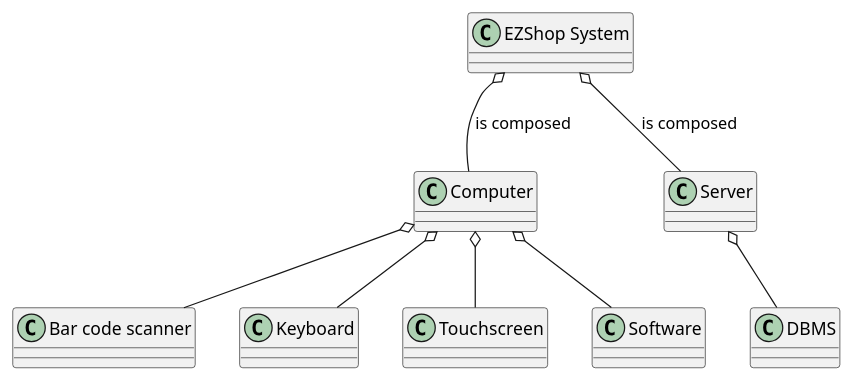
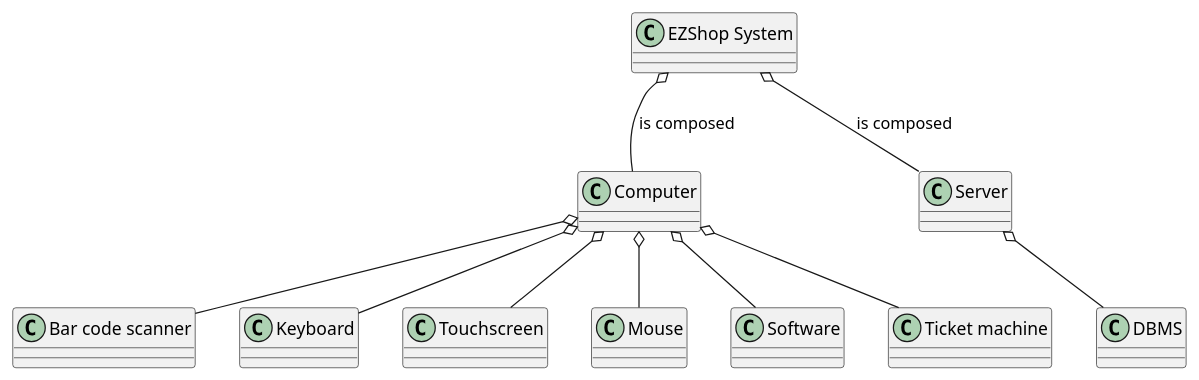
Before and after one commit to MatteoBattilana/EzShop: the fourth of 5 diagrams in Deliverables/RequirementsDocument.md, drawn with PlantUML. The commit also changed other lines of this file, not shown here.

````diff
--- a/Deliverables/RequirementsDocument.md
+++ b/Deliverables/RequirementsDocument.md
@@ -491,14 +628,16 @@
 ```plantuml
 @startuml
 "EZShop System" o-- Computer: is composed
 "EZShop System" o-- Server: is composed
 
 Computer o-- "Bar code scanner"
 Computer o-- "Keyboard"
 Computer o-- "Touchscreen"
+Computer o-- "Mouse"
 Computer o-- "Software"
+Computer o-- "Ticket machine"
 
 Server o-- "DBMS"
 
 @enduml
 ```
````
